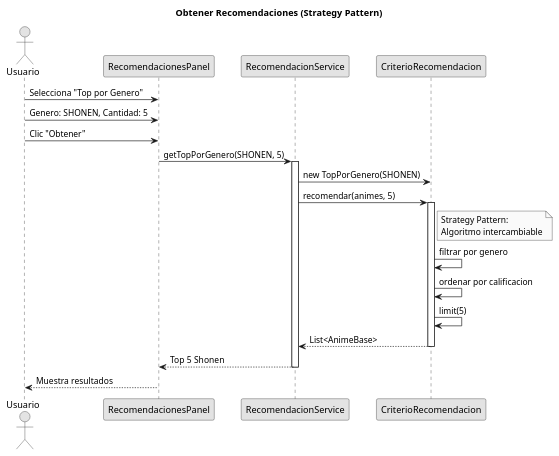
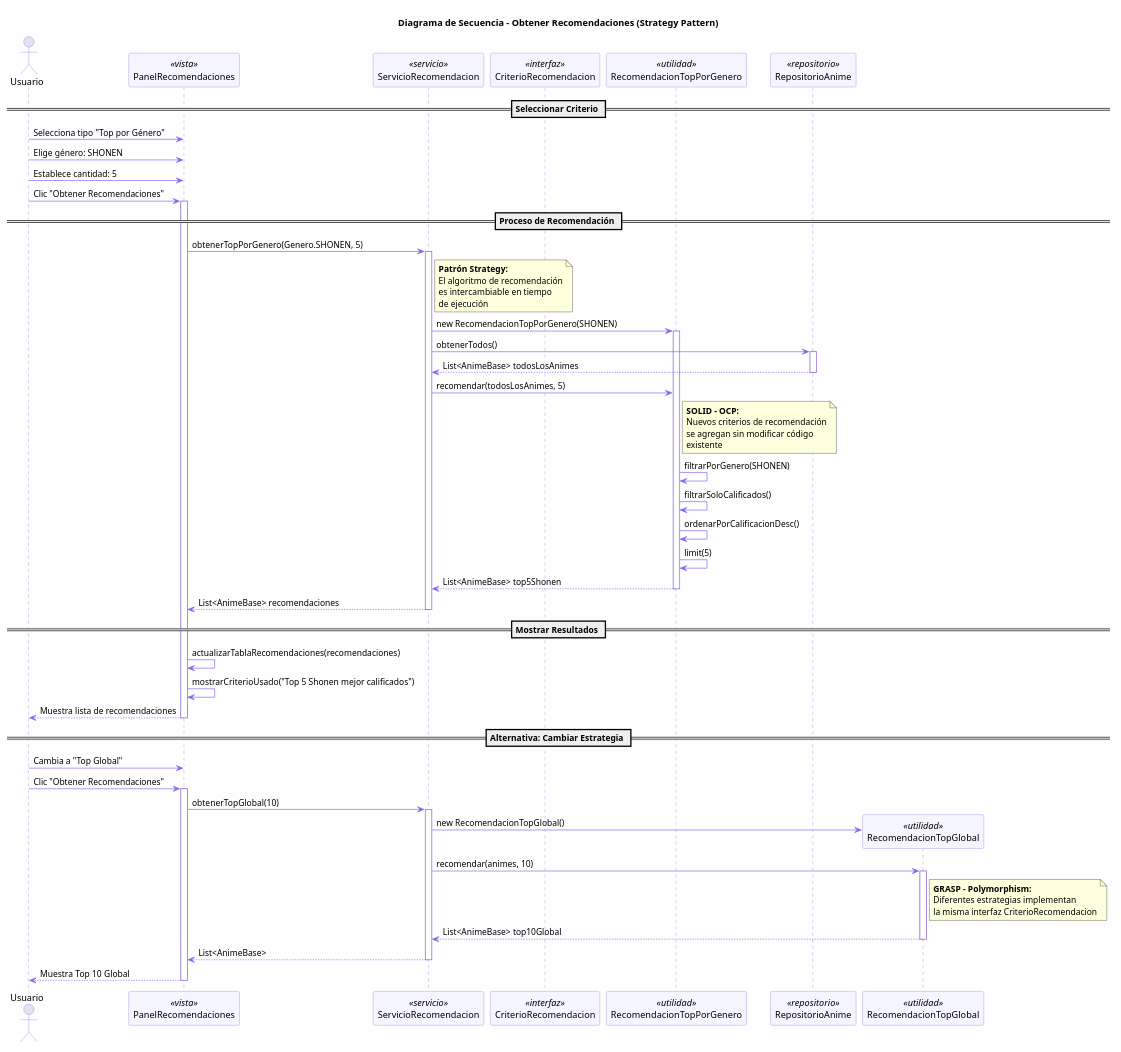
One commit to tobiascriscuolo/clasificadorAnime changed the diagram in docs/uml/05_recomendaciones.puml. Above: the diagram before and after it, drawn with PlantUML. The commit also changed 96 other files, not shown here.

First line of the commit message:
Refactoring completo a espaÃ±ol + iconos + selecciÃ³n mÃºltiple + diagramas UML

```diff
--- a/docs/uml/05_recomendaciones.puml
+++ b/docs/uml/05_recomendaciones.puml
@@ -1,36 +1,101 @@
 @startuml
-title Obtener Recomendaciones (Strategy Pattern)
-skinparam monochrome true
+title Diagrama de Secuencia - Obtener Recomendaciones (Strategy Pattern)
+skinparam backgroundColor #FEFEFE
+skinparam sequence {
+    ArrowColor #7B68EE
+    LifeLineBorderColor #9370DB
+    ParticipantBackgroundColor #F5F5FF
+    ParticipantBorderColor #9370DB
+    ActorBorderColor #7B68EE
+}
 
 actor Usuario
-participant "RecomendacionesPanel" as Panel
-participant "RecomendacionService" as Service
-participant "CriterioRecomendacion" as Criterio
+participant "PanelRecomendaciones" as Panel <<vista>>
+participant "ServicioRecomendacion" as Servicio <<servicio>>
+participant "CriterioRecomendacion" as Criterio <<interfaz>>
+participant "RecomendacionTopPorGenero" as TopGenero <<utilidad>>
+participant "RepositorioAnime" as Repo <<repositorio>>
 
-Usuario -> Panel: Selecciona "Top por Genero"
-Usuario -> Panel: Genero: SHONEN, Cantidad: 5
-Usuario -> Panel: Clic "Obtener"
+== Seleccionar Criterio ==
+Usuario -> Panel: Selecciona tipo "Top por Género"
+Usuario -> Panel: Elige género: SHONEN
+Usuario -> Panel: Establece cantidad: 5
+Usuario -> Panel: Clic "Obtener Recomendaciones"
 
-Panel -> Service: getTopPorGenero(SHONEN, 5)
-activate Service
+== Proceso de Recomendación ==
+activate Panel
+Panel -> Servicio: obtenerTopPorGenero(Genero.SHONEN, 5)
+activate Servicio
 
-Service -> Criterio: new TopPorGenero(SHONEN)
-Service -> Criterio: recomendar(animes, 5)
-activate Criterio
-
-note right of Criterio
-  Strategy Pattern:
-  Algoritmo intercambiable
+note right of Servicio
+    <b>Patrón Strategy:</b>
+    El algoritmo de recomendación
+    es intercambiable en tiempo
+    de ejecución
 end note
 
-Criterio -> Criterio: filtrar por genero
-Criterio -> Criterio: ordenar por calificacion
-Criterio -> Criterio: limit(5)
-Criterio --> Service: List<AnimeBase>
-deactivate Criterio
+Servicio -> TopGenero: new RecomendacionTopPorGenero(SHONEN)
+activate TopGenero
 
-Service --> Panel: Top 5 Shonen
-deactivate Service
+Servicio -> Repo: obtenerTodos()
+activate Repo
+Repo --> Servicio: List<AnimeBase> todosLosAnimes
+deactivate Repo
 
-Panel --> Usuario: Muestra resultados
+Servicio -> TopGenero: recomendar(todosLosAnimes, 5)
+
+note right of TopGenero
+    <b>SOLID - OCP:</b>
+    Nuevos criterios de recomendación
+    se agregan sin modificar código
+    existente
+end note
+
+TopGenero -> TopGenero: filtrarPorGenero(SHONEN)
+TopGenero -> TopGenero: filtrarSoloCalificados()
+TopGenero -> TopGenero: ordenarPorCalificacionDesc()
+TopGenero -> TopGenero: limit(5)
+
+TopGenero --> Servicio: List<AnimeBase> top5Shonen
+deactivate TopGenero
+
+Servicio --> Panel: List<AnimeBase> recomendaciones
+deactivate Servicio
+
+== Mostrar Resultados ==
+Panel -> Panel: actualizarTablaRecomendaciones(recomendaciones)
+Panel -> Panel: mostrarCriterioUsado("Top 5 Shonen mejor calificados")
+Panel --> Usuario: Muestra lista de recomendaciones
+
+deactivate Panel
+
+== Alternativa: Cambiar Estrategia ==
+Usuario -> Panel: Cambia a "Top Global"
+Usuario -> Panel: Clic "Obtener Recomendaciones"
+
+activate Panel
+Panel -> Servicio: obtenerTopGlobal(10)
+activate Servicio
+
+create "RecomendacionTopGlobal" as TopGlobal <<utilidad>>
+Servicio -> TopGlobal: new RecomendacionTopGlobal()
+
+Servicio -> TopGlobal: recomendar(animes, 10)
+activate TopGlobal
+
+note right of TopGlobal
+    <b>GRASP - Polymorphism:</b>
+    Diferentes estrategias implementan
+    la misma interfaz CriterioRecomendacion
+end note
+
+TopGlobal --> Servicio: List<AnimeBase> top10Global
+deactivate TopGlobal
+
+Servicio --> Panel: List<AnimeBase>
+deactivate Servicio
+
+Panel --> Usuario: Muestra Top 10 Global
+deactivate Panel
+
 @enduml
```
